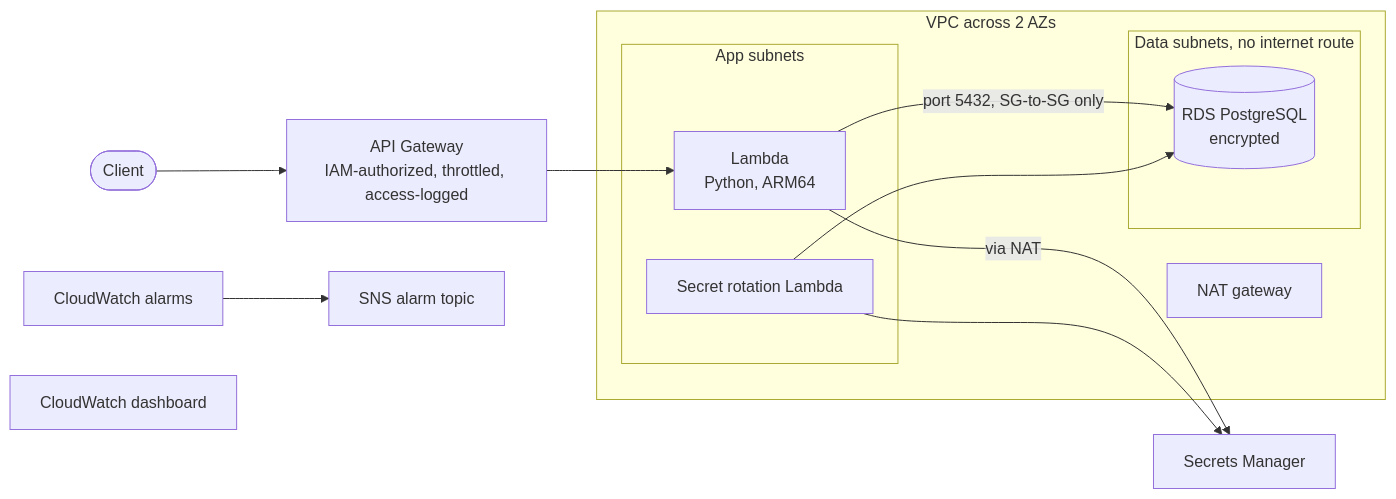
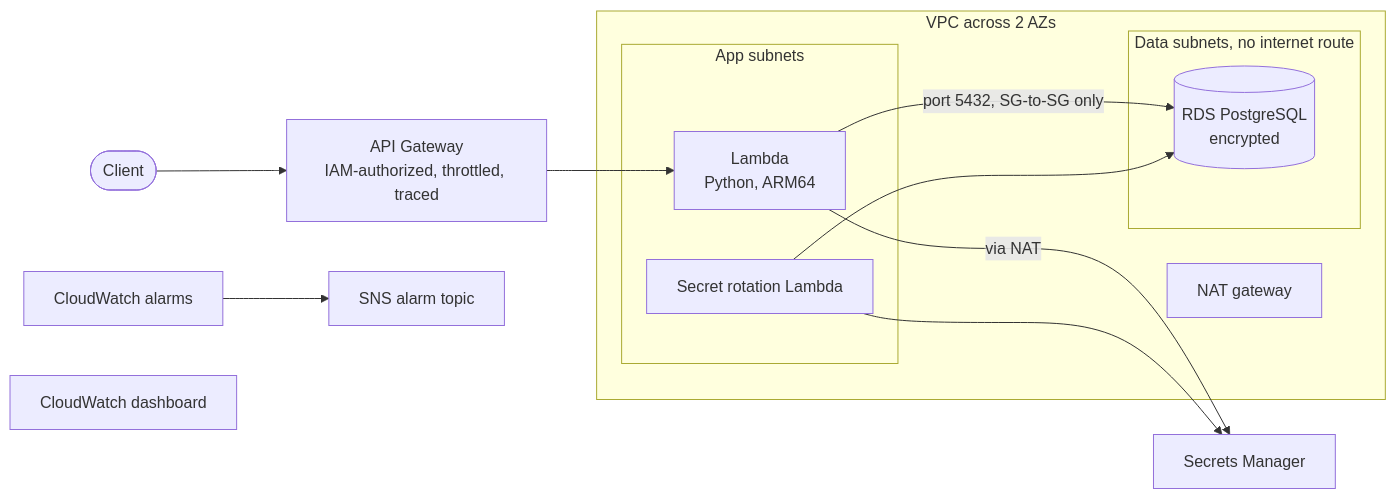
One commit to oradell-computing/automatic-system changed the diagram in README.md. Above: the diagram before and after it, drawn with Mermaid. The commit also changed other lines of this file and 3 other files, not shown here.

````diff
--- a/README.md
+++ b/README.md
@@ -17,21 +17,21 @@
 ```mermaid
 flowchart LR
-    client([Client]) --> api[API Gateway<br/>IAM-authorized, throttled, access-logged]
+    client([Client]) --> api[API Gateway<br/>IAM-authorized, throttled, traced]
     subgraph vpc[VPC across 2 AZs]
         subgraph app[App subnets]
             fn[Lambda<br/>Python, ARM64]
             rot[Secret rotation Lambda]
         end
         subgraph data[Data subnets, no internet route]
             db[(RDS PostgreSQL<br/>encrypted)]
         end
         nat[NAT gateway]
     end
     api --> fn
     fn -->|port 5432, SG-to-SG only| db
     rot --> db
     fn -->|via NAT| sm[Secrets Manager]
     rot --> sm
     alarms[CloudWatch alarms] --> sns[SNS alarm topic]
     dash[CloudWatch dashboard]
 ```
````
